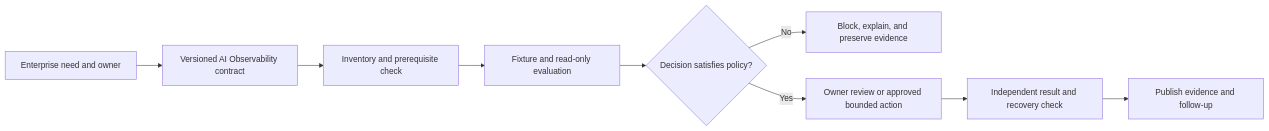
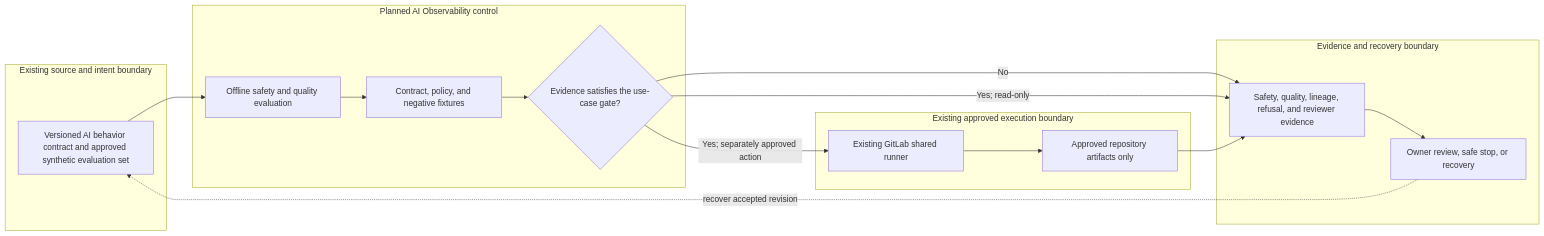
One commit to MIDHTECH/enterprise-architecture-docs changed the diagram in docs/use-cases/healthcare-ai/UC-AI-013-ai-observability.md. Above: the diagram before and after it, drawn with Mermaid. The commit also changed other lines of this file and 227 other files, not shown here.

Commit message:
Deepen architecture for all use case designs

````diff
--- a/docs/use-cases/healthcare-ai/UC-AI-013-ai-observability.md
+++ b/docs/use-cases/healthcare-ai/UC-AI-013-ai-observability.md
@@ -136,11 +129,25 @@
 ```mermaid
 flowchart LR
-    Need["Enterprise need and owner"] --> Contract["Versioned AI Observability contract"]
-    Contract --> Preflight["Inventory and prerequisite check"]
-    Preflight --> Evaluate["Fixture and read-only evaluation"]
-    Evaluate --> Decision{"Decision satisfies policy?"}
-    Decision -->|No| Stop["Block, explain, and preserve evidence"]
-    Decision -->|Yes| Review["Owner review or approved bounded action"]
-    Review --> Verify["Independent result and recovery check"]
-    Verify --> Publish["Publish evidence and follow-up"]
+    subgraph Source["Existing source and intent boundary"]
+        A["Versioned AI behavior contract and approved synthetic evaluation set"]
+    end
+    subgraph Planned["Planned AI Observability control"]
+        B["Offline safety and quality evaluation"]
+        C["Contract, policy, and negative fixtures"]
+        D{"Evidence satisfies the use-case gate?"}
+    end
+    subgraph Runtime["Existing approved execution boundary"]
+        E["Existing GitLab shared runner"]
+        F["Approved repository artifacts only"]
+    end
+    subgraph Assurance["Evidence and recovery boundary"]
+        G["Safety, quality, lineage, refusal, and reviewer evidence"]
+        H["Owner review, safe stop, or recovery"]
+    end
+
+    A --> B --> C --> D
+    D -->|No| G --> H
+    D -->|Yes; read-only| G
+    D -->|Yes; separately approved action| E --> F --> G
+    H -. recover accepted revision .-> A
 ```
````
